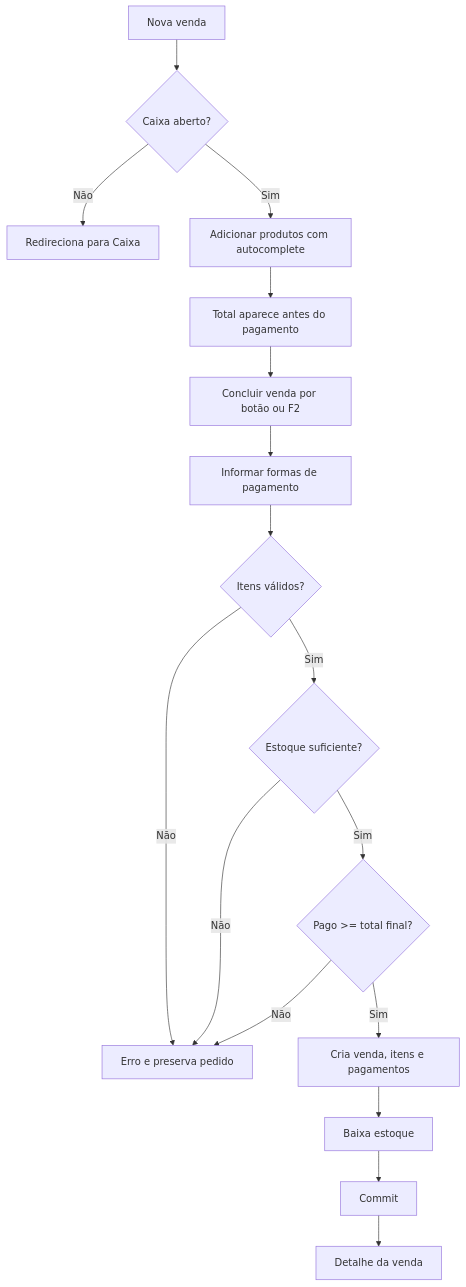
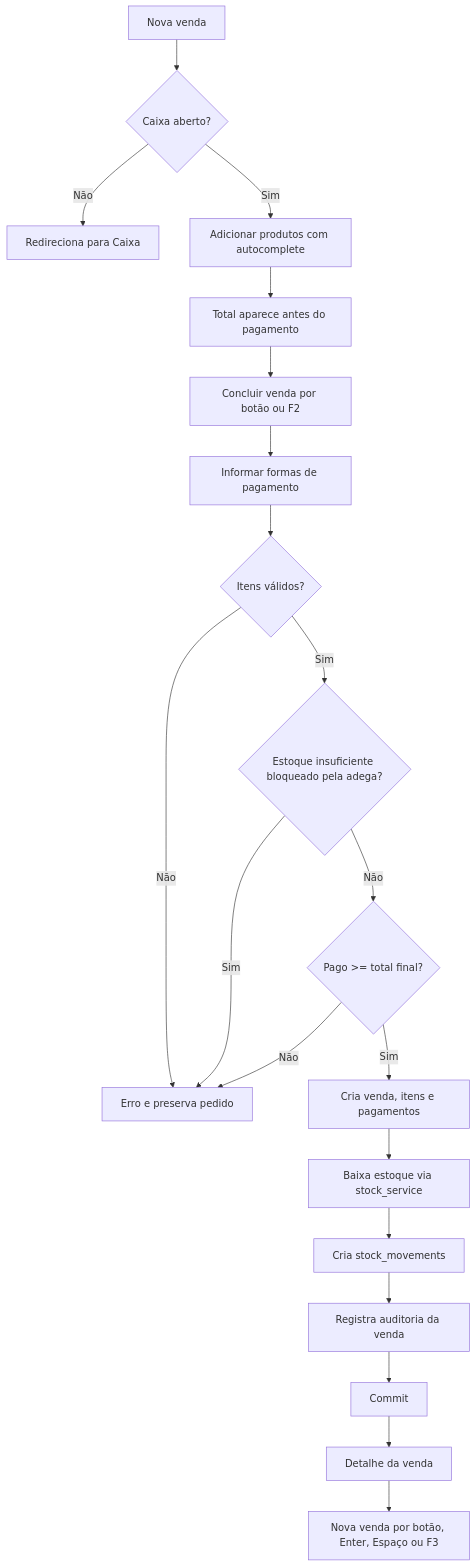
The fifth of 11 diagrams in docs/06-fluxo-sistema.md (RafaelBG7/pdv2026), drawn with Mermaid before and after one commit. The commit also changed other lines of this file and 64 other files, not shown here.

Commit message:
Implementa estoque rastreavel e auditoria

````diff
--- a/docs/06-fluxo-sistema.md
+++ b/docs/06-fluxo-sistema.md
@@ -84,19 +90,22 @@
 ```mermaid
 flowchart TD
     A["Nova venda"] --> B{"Caixa aberto?"}
     B -- "Não" --> C["Redireciona para Caixa"]
     B -- "Sim" --> D["Adicionar produtos com autocomplete"]
     D --> E["Total aparece antes do pagamento"]
     E --> F["Concluir venda por botão ou F2"]
     F --> G["Informar formas de pagamento"]
     G --> H{"Itens válidos?"}
     H -- "Não" --> X["Erro e preserva pedido"]
-    H -- "Sim" --> I{"Estoque suficiente?"}
-    I -- "Não" --> X
-    I -- "Sim" --> J{"Pago >= total final?"}
+    H -- "Sim" --> I{"Estoque insuficiente bloqueado pela adega?"}
+    I -- "Sim" --> X
+    I -- "Não" --> J{"Pago >= total final?"}
     J -- "Não" --> X
     J -- "Sim" --> K["Cria venda, itens e pagamentos"]
-    K --> L["Baixa estoque"]
-    L --> M["Commit"]
+    K --> L["Baixa estoque via stock_service"]
+    L --> P["Cria stock_movements"]
+    P --> Q["Registra auditoria da venda"]
+    Q --> M["Commit"]
     M --> N["Detalhe da venda"]
+    N --> O["Nova venda por botão, Enter, Espaço ou F3"]
 ```
````
